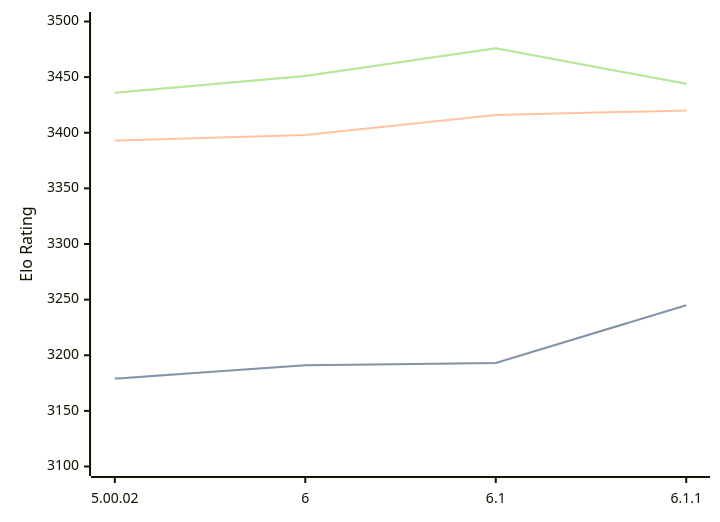
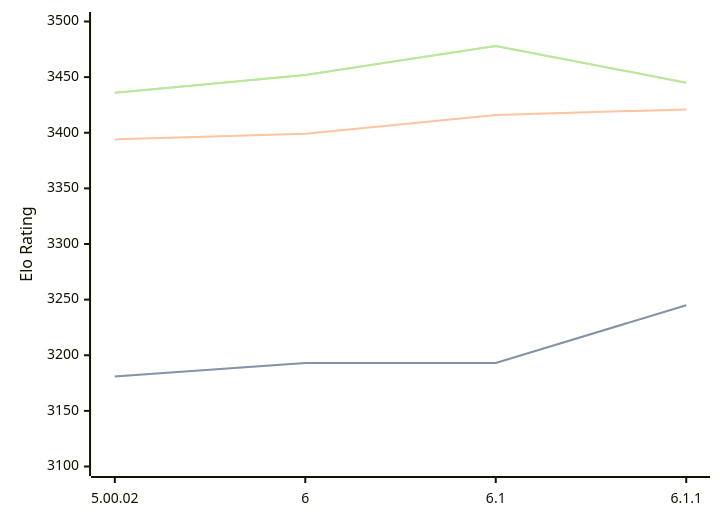
Before and after one commit to computer-chess-index/cci: the diagram in engines/Zangdar.md, drawn with Mermaid. The commit also changed other lines of this file, not shown here.

Commit message:
Update CCI Ratings (ELO VLTC) - 2026-05-04

````diff
--- a/engines/Zangdar.md
+++ b/engines/Zangdar.md
@@ -46,11 +46,11 @@
 ```mermaid
 %%{init: {"theme":"base","themeVariables":{"seriesColors:['#a3a3a3','#222221','#faa371']}}}%%
 xychart-beta
   x-axis ["5.00.02", "6", "6.1", "6.1.1"]
   y-axis "Elo Rating" 3100 --> 3500
-  line "STC (8.0+0.08s)" [3179, 3191, 3193, 3245]
-  line "STC (8.0+0.08s)" [3179, 3191, 3193, 3245]
-  line "LTC (60.0+0.60s)" [3393, 3398, 3416, 3420]
-  line "VLTC (2m24s+1.12s)" [3436, 3451, 3476, 3444]
-  line "VLTC (2m24s+1.12s)" [3436, 3451, 3476, 3444]
+  line "STC (8.0+0.08s)" [3181, 3193, 3193, 3245]
+  line "STC (8.0+0.08s)" [3181, 3193, 3193, 3245]
+  line "LTC (60.0+0.60s)" [3394, 3399, 3416, 3421]
+  line "VLTC (2m24s+1.12s)" [3436, 3452, 3478, 3445]
+  line "VLTC (2m24s+1.12s)" [3436, 3452, 3478, 3445]
 ```
````
